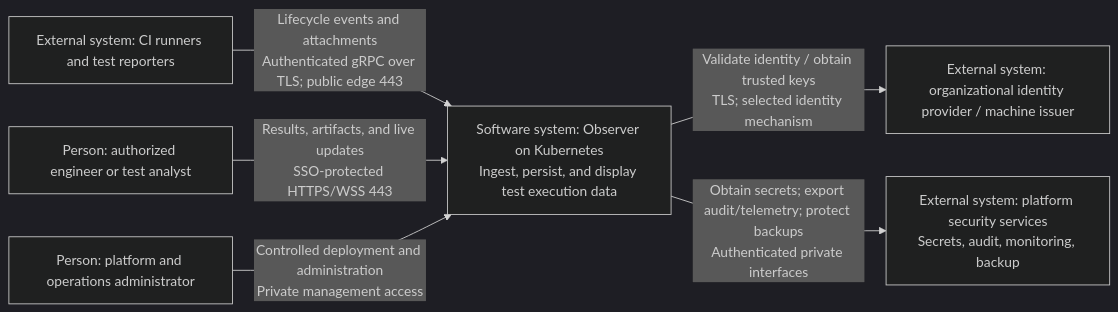
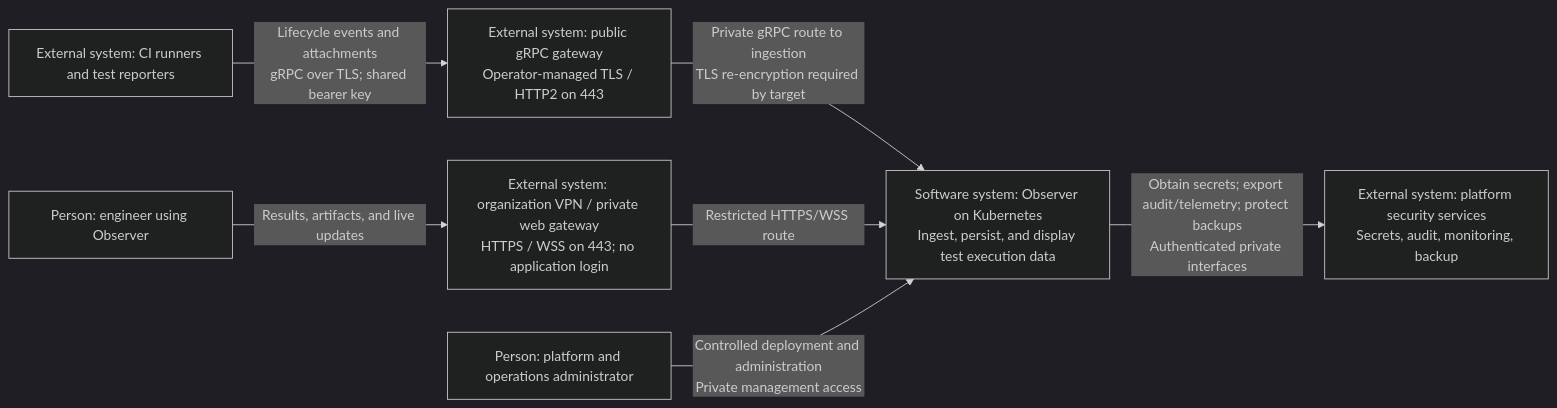
The first of 2 diagrams in docs/infosec/02-c4-architecture.md (stanterprise/observer), drawn with Mermaid (dark theme) before and after one commit. The commit also changed other lines of this file and 4 other files, not shown here.

Commit message:
docs: update architecture and deployment diagrams to reflect current state and security assumptions

````diff
--- a/docs/infosec/02-c4-architecture.md
+++ b/docs/infosec/02-c4-architecture.md
@@ -8,15 +11,17 @@
 ```mermaid
 flowchart LR
   reporter["External system: CI runners and test reporters"]
-  user["Person: authorized engineer or test analyst"]
+  user["Person: engineer using Observer"]
   operator["Person: platform and operations administrator"]
-  idp["External system: organizational identity provider / machine issuer"]
+  grpc["External system: public gRPC gateway<br/>Operator-managed TLS / HTTP2 on 443"]
+  vpn["External system: organization VPN / private web gateway<br/>HTTPS / WSS on 443; no application login"]
   observer["Software system: Observer on Kubernetes<br/>Ingest, persist, and display test execution data"]
   platform["External system: platform security services<br/>Secrets, audit, monitoring, backup"]
 
-  reporter -->|"Lifecycle events and attachments<br/>Authenticated gRPC over TLS; public edge 443"| observer
-  user -->|"Results, artifacts, and live updates<br/>SSO-protected HTTPS/WSS 443"| observer
+  reporter -->|"Lifecycle events and attachments<br/>gRPC over TLS; shared bearer key"| grpc
+  grpc -->|"Private gRPC route to ingestion<br/>TLS re-encryption required by target"| observer
+  user -->|"Results, artifacts, and live updates"| vpn
+  vpn -->|"Restricted HTTPS/WSS route"| observer
   operator -->|"Controlled deployment and administration<br/>Private management access"| observer
-  observer -->|"Validate identity / obtain trusted keys<br/>TLS; selected identity mechanism"| idp
   observer -->|"Obtain secrets; export audit/telemetry; protect backups<br/>Authenticated private interfaces"| platform
 ```
````
